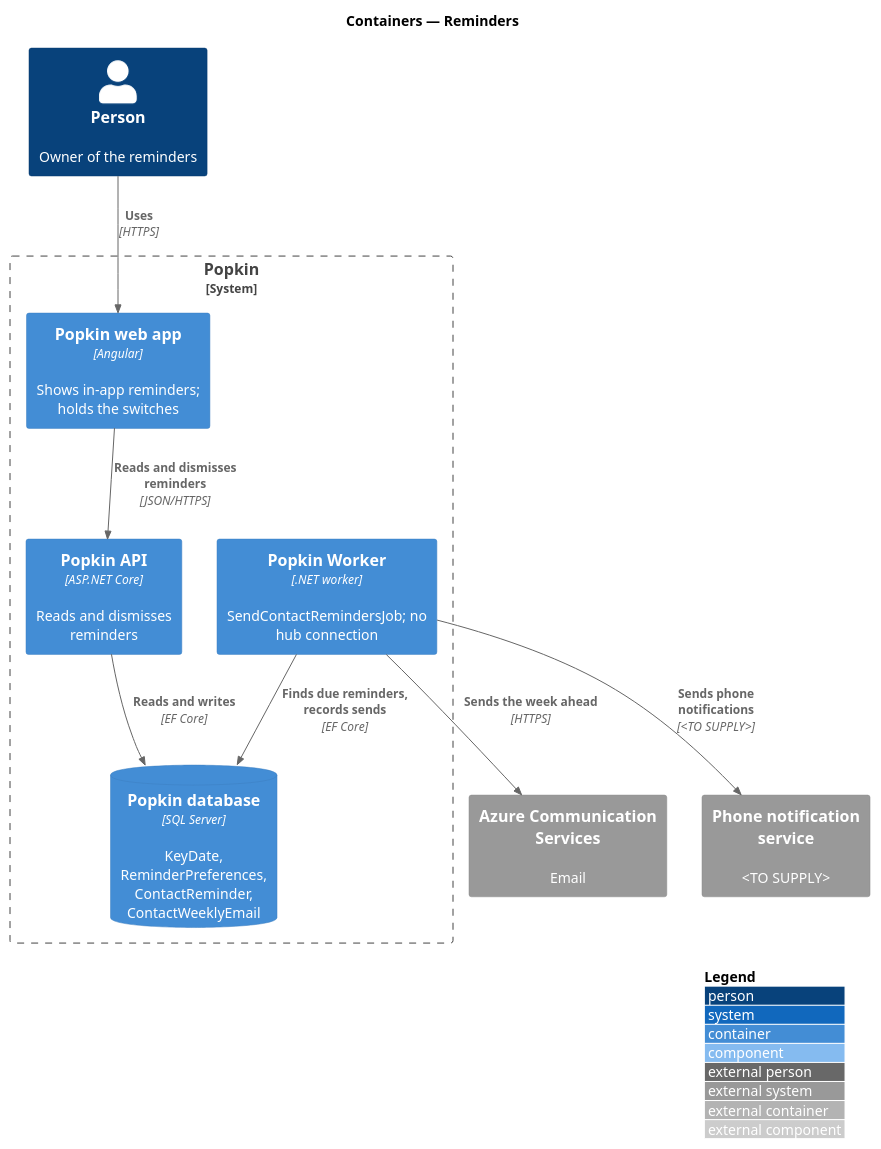
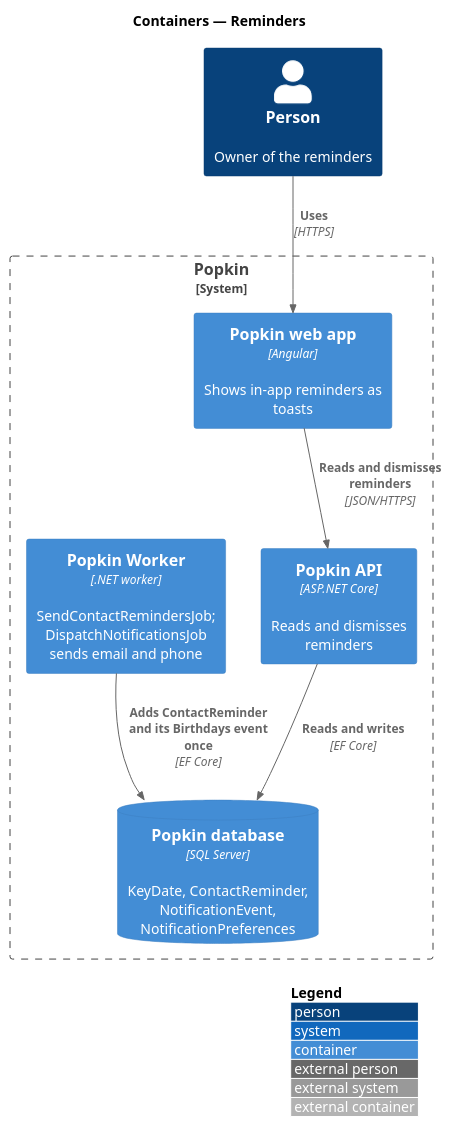
One commit to QuinntyneBrown/popkin changed the diagram in docs/detailed-designs/contacts/reminders/diagrams/c4-container.puml. Above: the diagram before and after it, drawn with PlantUML. The commit also changed 186 other files, not shown here.

```diff
--- a/docs/detailed-designs/contacts/reminders/diagrams/c4-container.puml
+++ b/docs/detailed-designs/contacts/reminders/diagrams/c4-container.puml
@@ -1,21 +1,17 @@
 @startuml
-!include <C4/C4_Component>
+!include <C4/C4_Container>
 LAYOUT_WITH_LEGEND()
 title Containers — Reminders
 
 Person(owner, "Person", "Owner of the reminders")
-System_Ext(acs, "Azure Communication Services", "Email")
-System_Ext(push, "Phone notification service", "<TO SUPPLY>")
 System_Boundary(popkin, "Popkin") {
-  Container(web, "Popkin web app", "Angular", "Shows in-app reminders; holds the switches")
+  Container(web, "Popkin web app", "Angular", "Shows in-app reminders as toasts")
   Container(api, "Popkin API", "ASP.NET Core", "Reads and dismisses reminders")
-  Container(worker, "Popkin Worker", ".NET worker", "SendContactRemindersJob; no hub connection")
-  ContainerDb(db, "Popkin database", "SQL Server", "KeyDate, ReminderPreferences, ContactReminder, ContactWeeklyEmail")
+  Container(worker, "Popkin Worker", ".NET worker", "SendContactRemindersJob; DispatchNotificationsJob sends email and phone")
+  ContainerDb(db, "Popkin database", "SQL Server", "KeyDate, ContactReminder, NotificationEvent, NotificationPreferences")
 }
 Rel(owner, web, "Uses", "HTTPS")
 Rel(web, api, "Reads and dismisses reminders", "JSON/HTTPS")
 Rel(api, db, "Reads and writes", "EF Core")
-Rel(worker, db, "Finds due reminders, records sends", "EF Core")
-Rel(worker, acs, "Sends the week ahead", "HTTPS")
-Rel(worker, push, "Sends phone notifications", "<TO SUPPLY>")
+Rel(worker, db, "Adds ContactReminder and its Birthdays event once", "EF Core")
 @enduml
```
